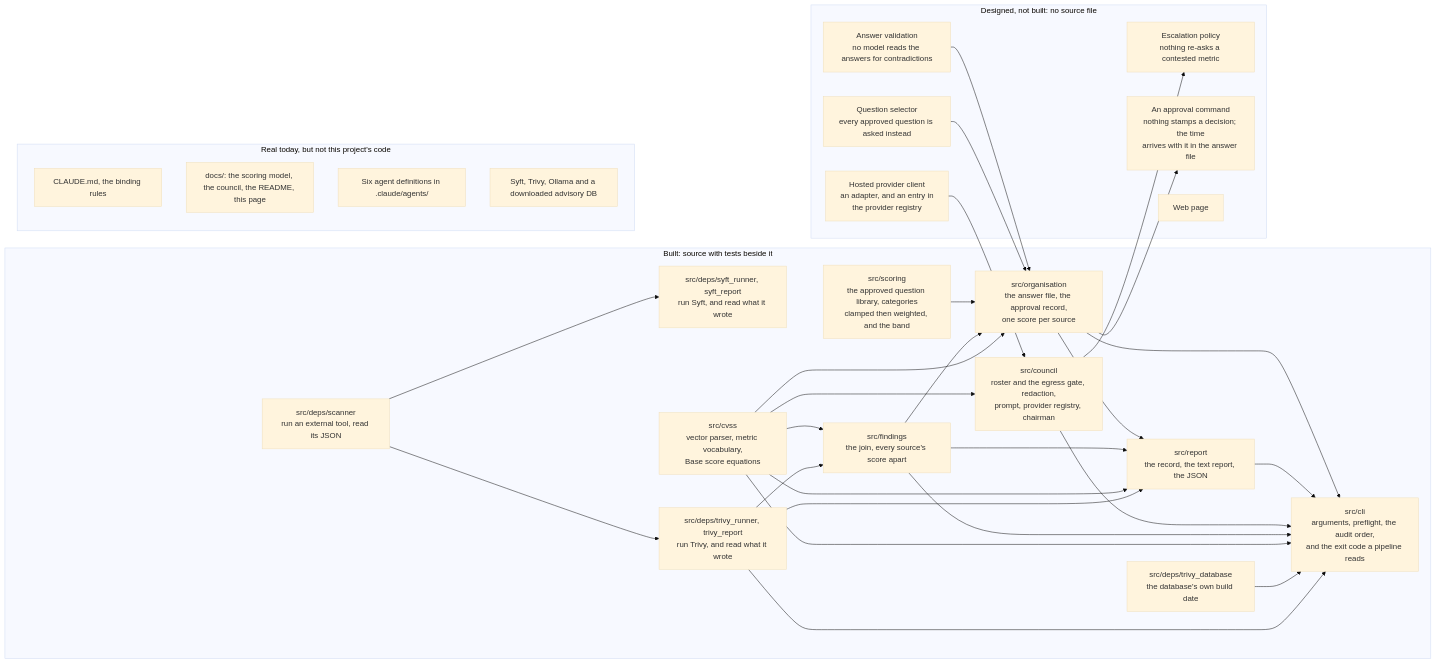
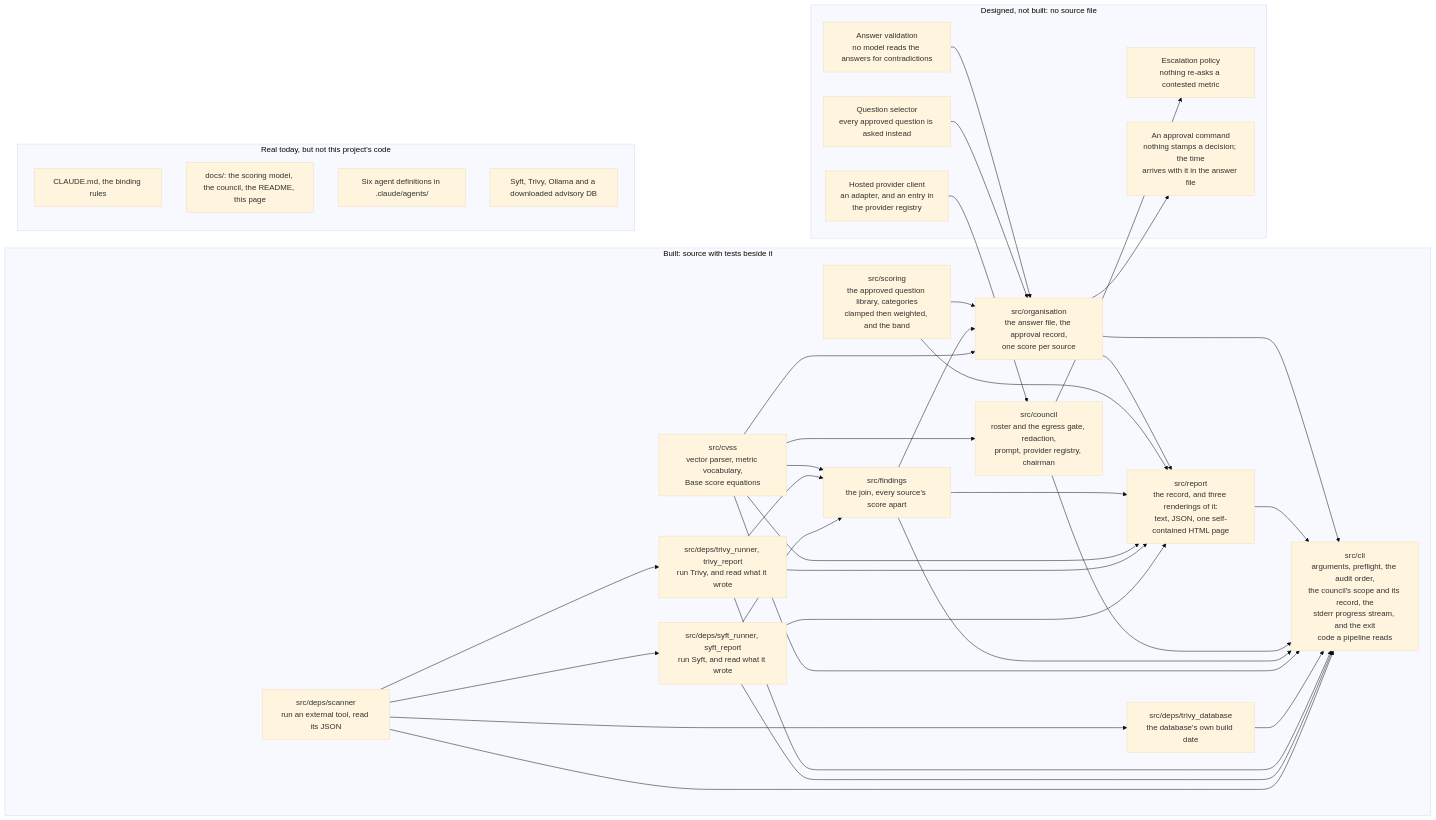
The fifth of 5 diagrams in docs/diagrams.md (heinthtnaung/AgenticLLMAppAuditor), drawn with Mermaid (base theme) before and after one commit. The commit also changed other lines of this file and 2 other files, not shown here.

Commit message:
Document the council's scope and correct what it orchestrates

````diff
--- a/docs/diagrams.md
+++ b/docs/diagrams.md
@@ -374,57 +420,62 @@
 ```mermaid
 flowchart LR
     subgraph BUILT["Built: source with tests beside it"]
         b0["src/deps/scanner<br/>run an external tool, read its JSON"]
         b1["src/deps/syft_runner, syft_report<br/>run Syft, and read what it wrote"]
         b2["src/deps/trivy_runner, trivy_report<br/>run Trivy, and read what it wrote"]
         b3["src/deps/trivy_database<br/>the database's own build date"]
         b4["src/cvss<br/>vector parser, metric vocabulary,<br/>Base score equations"]
         b5["src/findings<br/>the join, every source's score apart"]
         b7["src/council<br/>roster and the egress gate, redaction,<br/>prompt, provider registry, chairman"]
-        b8["src/report<br/>the record, the text report, the JSON"]
-        b9["src/cli<br/>arguments, preflight, the audit order,<br/>and the exit code a pipeline reads"]
+        b8["src/report<br/>the record, and three renderings of it:<br/>text, JSON, one self-contained HTML page"]
+        b9["src/cli<br/>arguments, preflight, the audit order,<br/>the council's scope and its record, the<br/>stderr progress stream, and the exit<br/>code a pipeline reads"]
         b6["src/scoring<br/>the approved question library, categories<br/>clamped then weighted, and the band"]
         b10["src/organisation<br/>the answer file, the approval record,<br/>one score per source"]
         b0 --> b1
         b0 --> b2
+        b0 --> b3
+        b0 --> b9
+        b1 --> b5
+        b1 --> b8
+        b1 --> b9
         b2 --> b5
+        b2 --> b8
+        b2 --> b9
+        b3 --> b9
         b4 --> b5
         b4 --> b7
-        b2 --> b8
         b4 --> b8
+        b4 --> b9
+        b4 --> b10
         b5 --> b8
-        b2 --> b9
-        b3 --> b9
-        b4 --> b9
         b5 --> b9
+        b5 --> b10
+        b6 --> b8
+        b6 --> b10
         b7 --> b9
         b8 --> b9
-        b4 --> b10
-        b5 --> b10
-        b6 --> b10
         b10 --> b8
         b10 --> b9
     end
 
     subgraph UNBUILT["Designed, not built: no source file"]
         d2["Question selector<br/>every approved question is asked instead"]
         d3["Answer validation<br/>no model reads the answers for contradictions"]
         d6["Hosted provider client<br/>an adapter, and an entry in<br/>the provider registry"]
         d11["Escalation policy<br/>nothing re-asks a contested metric"]
         d12["An approval command<br/>nothing stamps a decision; the time<br/>arrives with it in the answer file"]
-        d9["Web page"]
     end
 
     d6 --> b7
     b7 --> d11
     d2 --> b10
     d3 --> b10
     b10 --> d12
 
     subgraph REAL["Real today, but not this project's code"]
         x1["CLAUDE.md, the binding rules"]
         x2["docs/: the scoring model, the council, the README, this page"]
         x3["Six agent definitions in .claude/agents/"]
         x4["Syft, Trivy, Ollama and a downloaded advisory DB"]
     end
 ```
````
